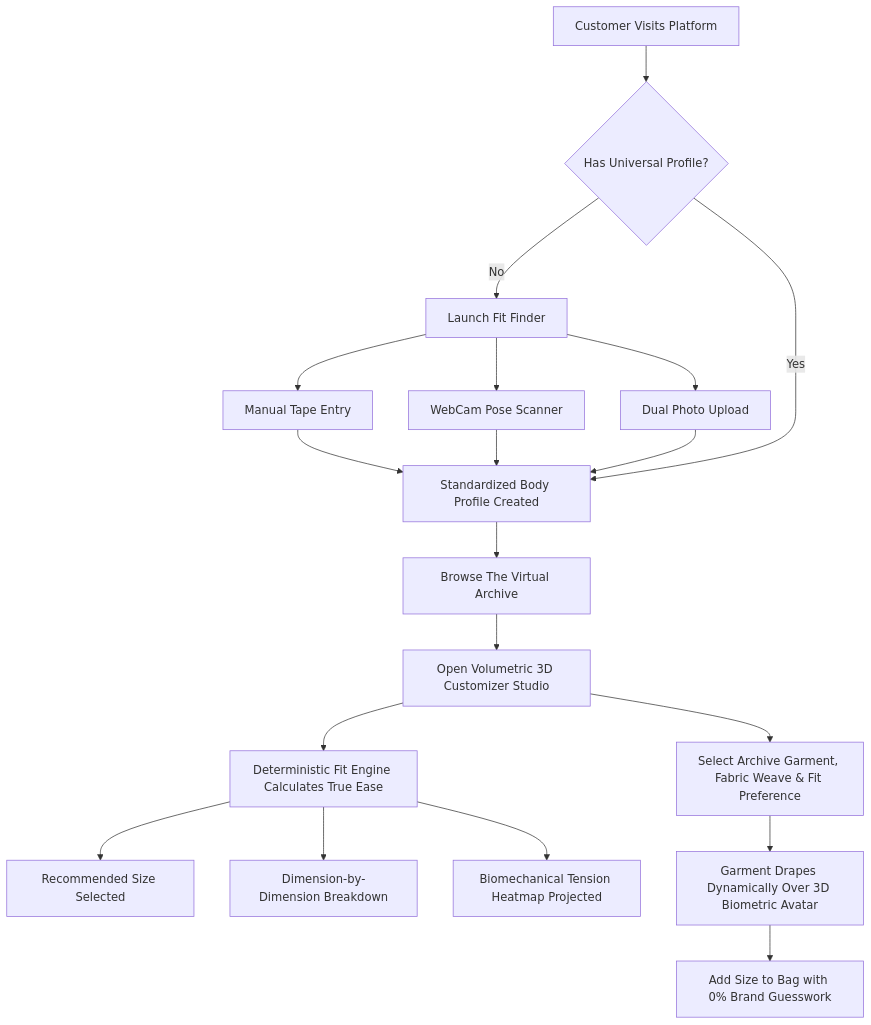
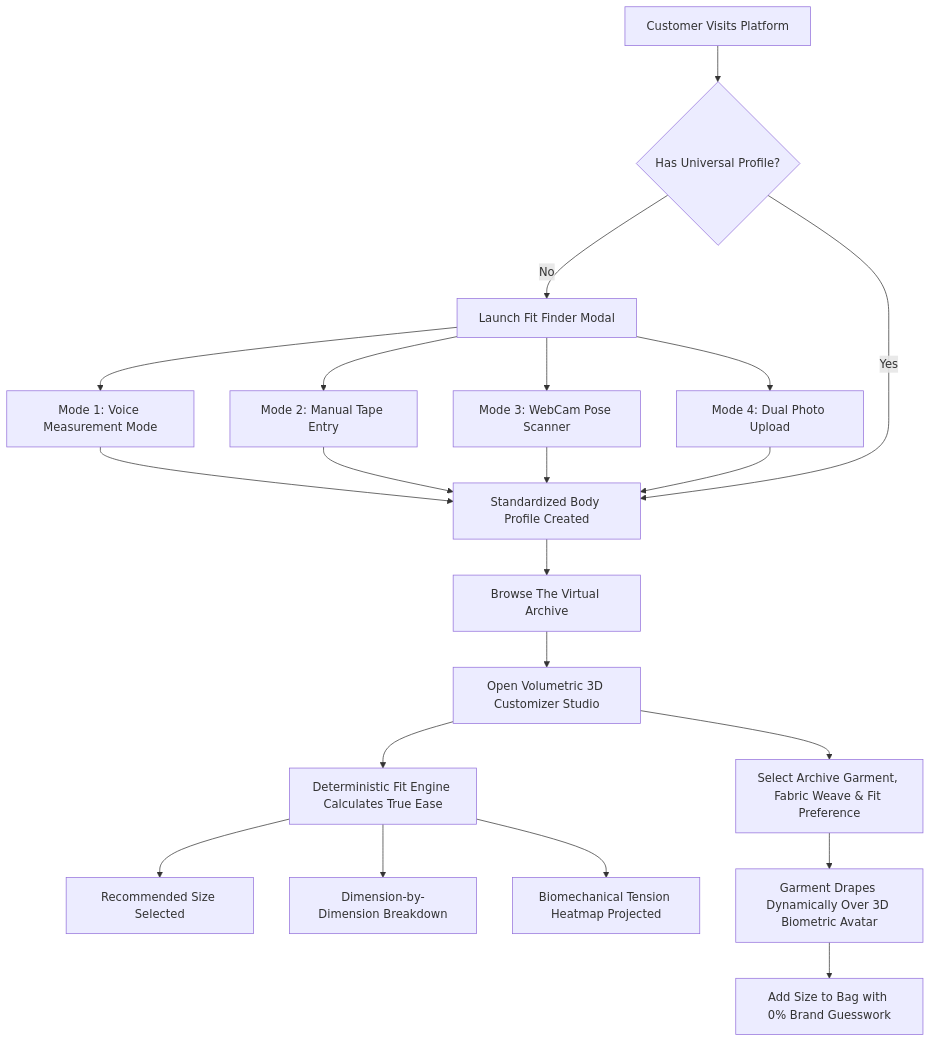
The diagram in README.md (maddycode5/FitMatch-AI), drawn with Mermaid before and after one commit. The commit also changed other lines of this file and 1 other file, not shown here.

Commit message:
docs: add MIT License and document Voice Assistant mode in README

````diff
--- a/README.md
+++ b/README.md
@@ -222,21 +229,23 @@
 ```mermaid
 flowchart TD
     A["Customer Visits Platform"] --> B{"Has Universal Profile?"}
-    B -- No --> C["Launch Fit Finder"]
-    C --> D1["Manual Tape Entry"]
-    C --> D2["WebCam Pose Scanner"]
-    C --> D3["Dual Photo Upload"]
+    B -- No --> C["Launch Fit Finder Modal"]
+    C --> D1["Mode 1: Voice Measurement Mode"]
+    C --> D2["Mode 2: Manual Tape Entry"]
+    C --> D3["Mode 3: WebCam Pose Scanner"]
+    C --> D4["Mode 4: Dual Photo Upload"]
     D1 --> E["Standardized Body Profile Created"]
     D2 --> E
     D3 --> E
+    D4 --> E
     B -- Yes --> E
     E --> F["Browse The Virtual Archive"]
     F --> G["Open Volumetric 3D Customizer Studio"]
     G --> H["Deterministic Fit Engine Calculates True Ease"]
     H --> I1["Recommended Size Selected"]
     H --> I2["Dimension-by-Dimension Breakdown"]
     H --> I3["Biomechanical Tension Heatmap Projected"]
     G --> J["Select Archive Garment, Fabric Weave & Fit Preference"]
     J --> K["Garment Drapes Dynamically Over 3D Biometric Avatar"]
     K --> L["Add Size to Bag with 0% Brand Guesswork"]
 ```
````
